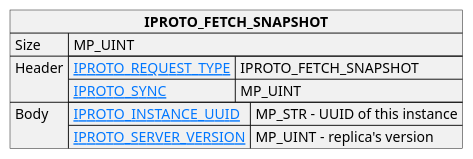
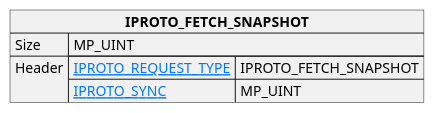
Before and after one commit to tarantool/doc: the diagram in doc/reference/internals/iproto/images/repl_fetch_snapshot_request.puml, drawn with PlantUML. The commit also changed 4 other files, not shown here.

```diff
--- a/doc/reference/internals/iproto/images/repl_fetch_snapshot_request.puml
+++ b/doc/reference/internals/iproto/images/repl_fetch_snapshot_request.puml
@@ -1,22 +1,18 @@
 @startuml
 
 skinparam {
     HyperlinkColor #0077FF
     FontColor #313131
     BorderColor #313131
     BackgroundColor transparent
 }
 
 json "**IPROTO_FETCH_SNAPSHOT**" as fetch_snapshot_request {
     "Size": "MP_UINT",
     "Header": {
       "[[https://tarantool.io/en/doc/latest/reference/internals/iproto/keys IPROTO_REQUEST_TYPE]]": "IPROTO_FETCH_SNAPSHOT",
       "[[https://tarantool.io/en/doc/latest/reference/internals/iproto/keys IPROTO_SYNC]]": "MP_UINT"
-    },
-    "Body": {
-      "[[https://tarantool.io/en/doc/latest/reference/internals/iproto/keys IPROTO_INSTANCE_UUID]]": "MP_STR – UUID of this instance",
-      "[[https://tarantool.io/en/doc/latest/reference/internals/iproto/keys IPROTO_SERVER_VERSION]]": "MP_UINT – replica's version"
     }
 }
 
 @enduml
```
